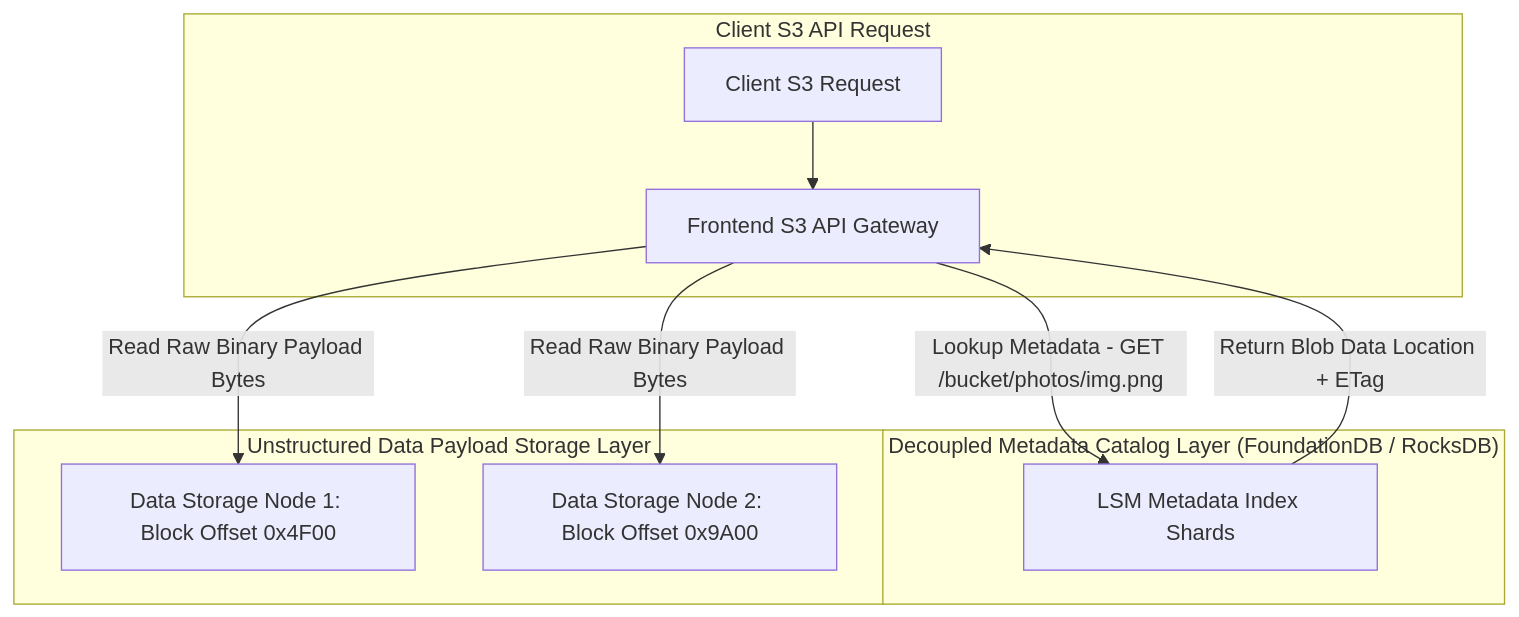
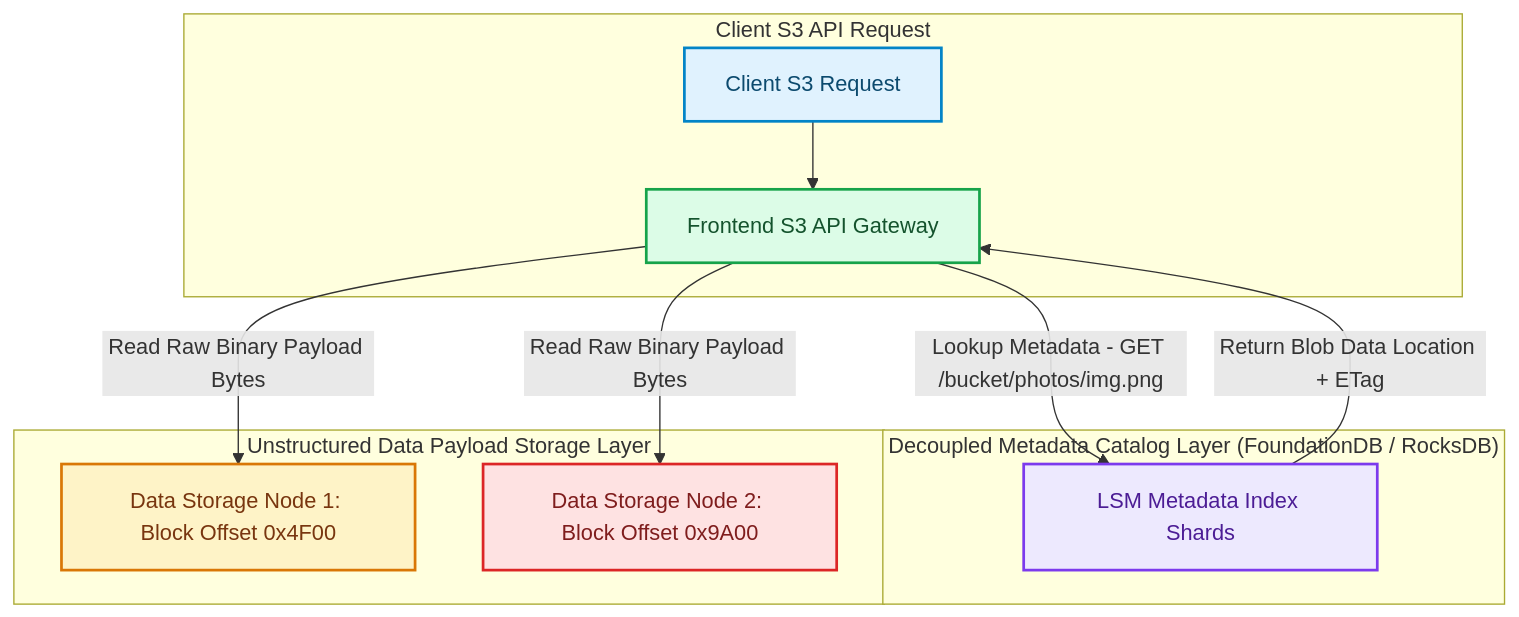
Before and after one commit to akmalkhaniub/akmalkhaniub.github.io: the diagram in blog/posts/object-storage-metadata-catalog-lsm-partitioning.md, drawn with Mermaid. The commit also changed other lines of this file and 1291 other files, not shown here.

First line of the commit message:
feat(catalog): unique covers, scholarly references, and diagram palettes

````diff
--- a/blog/posts/object-storage-metadata-catalog-lsm-partitioning.md
+++ b/blog/posts/object-storage-metadata-catalog-lsm-partitioning.md
@@ -21,16 +21,27 @@
 ```mermaid
 flowchart TD
   subgraph SG1_ClientS3Api ["Client S3 API Request"]
-    Client[Client S3 Request] --> S3Proxy[Frontend S3 API Gateway]
+    Client["Client S3 Request"] --> S3Proxy["Frontend S3 API Gateway"]
   end
   
   subgraph SG2_DecoupledMetadataCatalog ["Decoupled Metadata Catalog Layer (FoundationDB / RocksDB)"]
-    S3Proxy -->|Lookup Metadata - GET /bucket/photos/img.png| MetaCatalog[LSM Metadata Index Shards]
+    S3Proxy -->|Lookup Metadata - GET /bucket/photos/img.png| MetaCatalog["LSM Metadata Index Shards"]
     MetaCatalog -->|Return Blob Data Location + ETag| S3Proxy
   end
   
   subgraph SG3_UnstructuredDataPayload ["Unstructured Data Payload Storage Layer"]
-    S3Proxy -->|Read Raw Binary Payload Bytes| DataNode1[Data Storage Node 1: Block Offset 0x4F00]
-    S3Proxy -->|Read Raw Binary Payload Bytes| DataNode2[Data Storage Node 2: Block Offset 0x9A00]
+    S3Proxy -->|Read Raw Binary Payload Bytes| DataNode1["Data Storage Node 1: Block Offset 0x4F00"]
+    S3Proxy -->|Read Raw Binary Payload Bytes| DataNode2["Data Storage Node 2: Block Offset 0x9A00"]
   end
+
+classDef green fill:#dcfce7,stroke:#16a34a,stroke-width:2px,color:#14532d;
+classDef red fill:#fee2e2,stroke:#dc2626,stroke-width:2px,color:#7f1d1d;
+classDef blue fill:#e0f2fe,stroke:#0284c7,stroke-width:2px,color:#0c4a6e;
+classDef yellow fill:#fef3c7,stroke:#d97706,stroke-width:2px,color:#78350f;
+classDef purple fill:#ede9fe,stroke:#7c3aed,stroke-width:2px,color:#4c1d95;
+class Client blue
+class S3Proxy green
+class MetaCatalog purple
+class DataNode1 yellow
+class DataNode2 red
 ```
````
